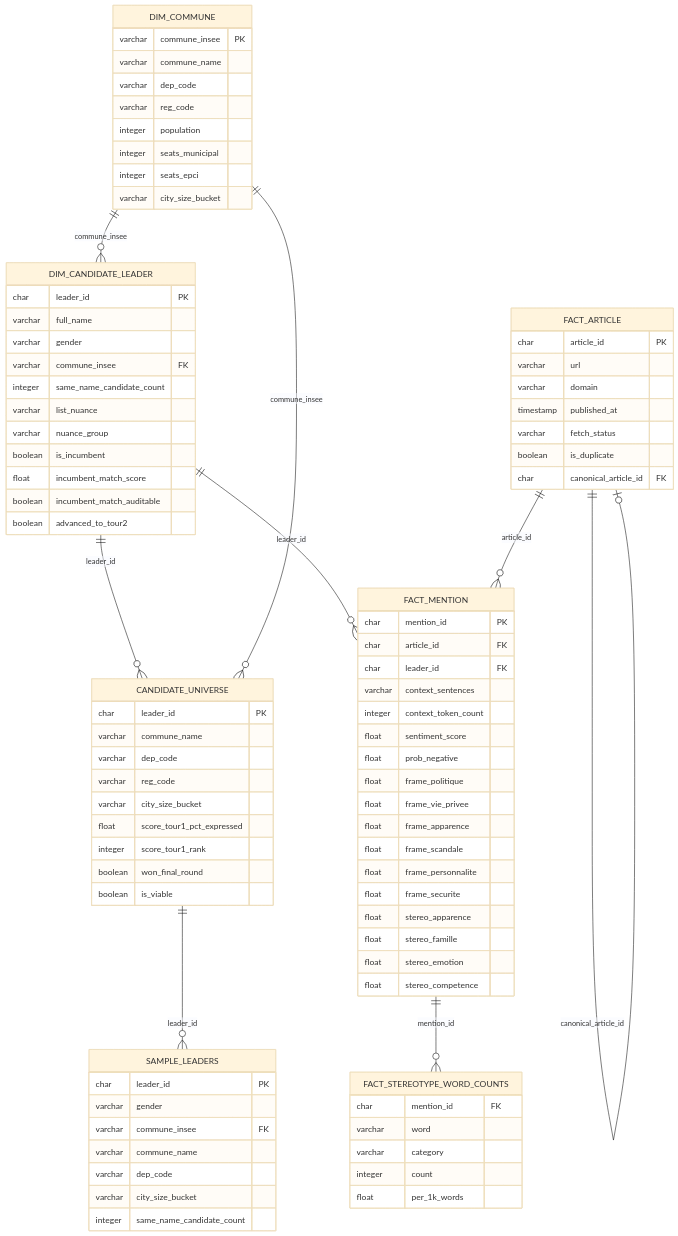
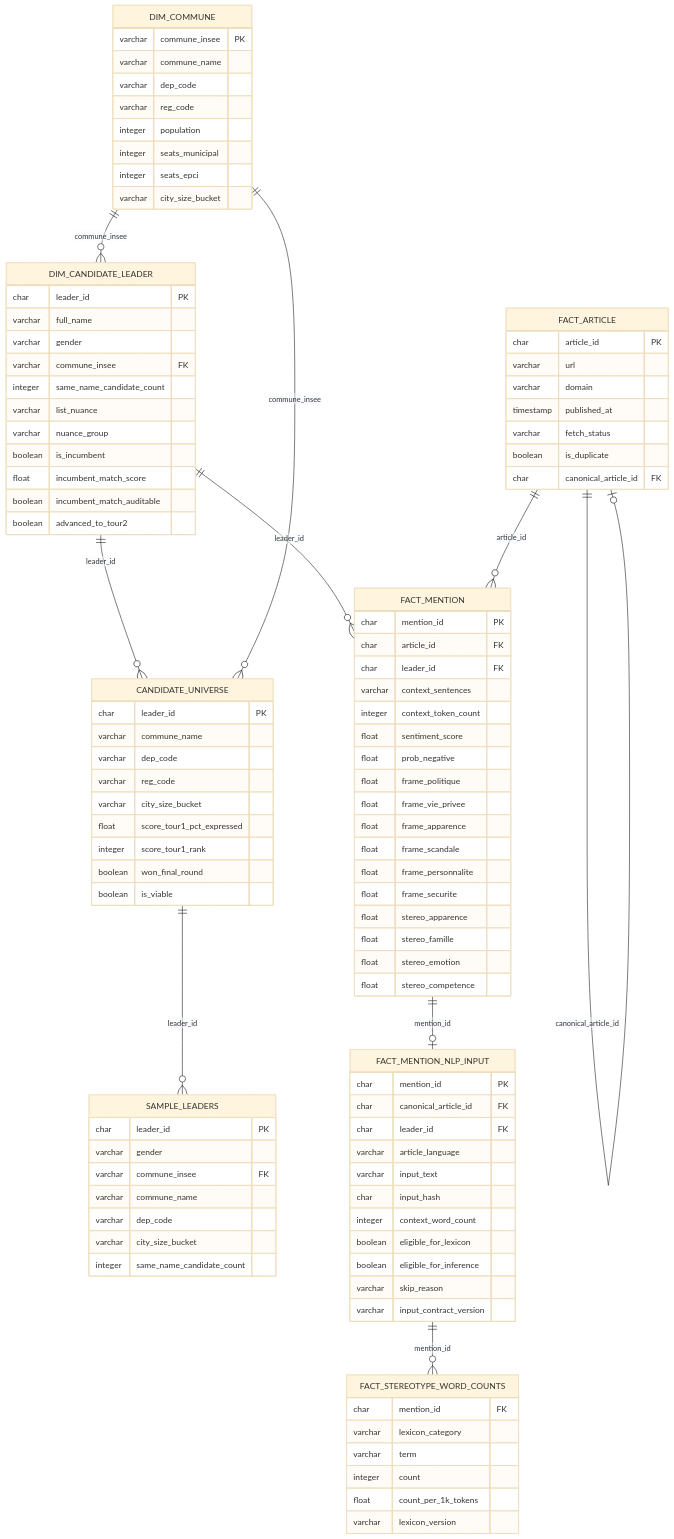
Before and after one commit to cchoooots98/election-gender-bias_D4W: the second of 2 diagrams in docs/architecture.md, drawn with Mermaid (base theme). The commit also changed other lines of this file and 4 other files, not shown here.

First line of the commit message:
docs(nlp): document Phase 1 lexicon audit pipeline and architecture

````diff
--- a/docs/architecture.md
+++ b/docs/architecture.md
@@ -190,12 +194,27 @@
         float   stereo_competence
     }
 
+    FACT_MENTION_NLP_INPUT {
+        char    mention_id PK
+        char    canonical_article_id FK
+        char    leader_id FK
+        varchar article_language
+        varchar input_text
+        char    input_hash
+        integer context_word_count
+        boolean eligible_for_lexicon
+        boolean eligible_for_inference
+        varchar skip_reason
+        varchar input_contract_version
+    }
+
     FACT_STEREOTYPE_WORD_COUNTS {
         char    mention_id FK
-        varchar word
-        varchar category
+        varchar lexicon_category
+        varchar term
         integer count
-        float   per_1k_words
+        float   count_per_1k_tokens
+        varchar lexicon_version
     }
 
     DIM_COMMUNE ||--o{ DIM_CANDIDATE_LEADER : "commune_insee"
@@ -205,5 +224,6 @@
     DIM_CANDIDATE_LEADER ||--o{ FACT_MENTION : "leader_id"
     FACT_ARTICLE ||--o{ FACT_MENTION : "article_id"
     FACT_ARTICLE ||--o| FACT_ARTICLE : "canonical_article_id"
-    FACT_MENTION ||--o{ FACT_STEREOTYPE_WORD_COUNTS : "mention_id"
+    FACT_MENTION ||--o| FACT_MENTION_NLP_INPUT : "mention_id"
+    FACT_MENTION_NLP_INPUT ||--o{ FACT_STEREOTYPE_WORD_COUNTS : "mention_id"
 ```
````
